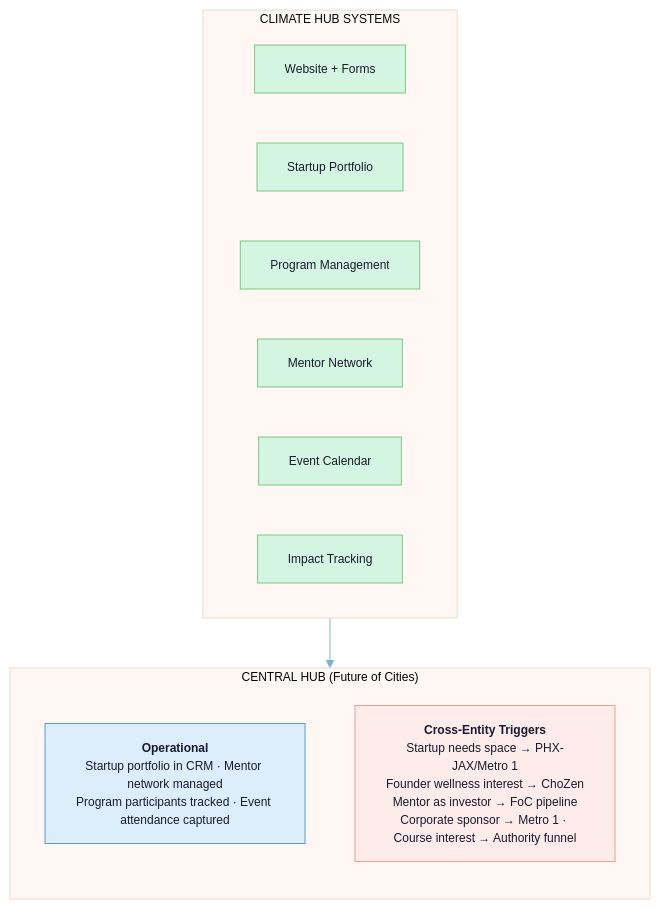
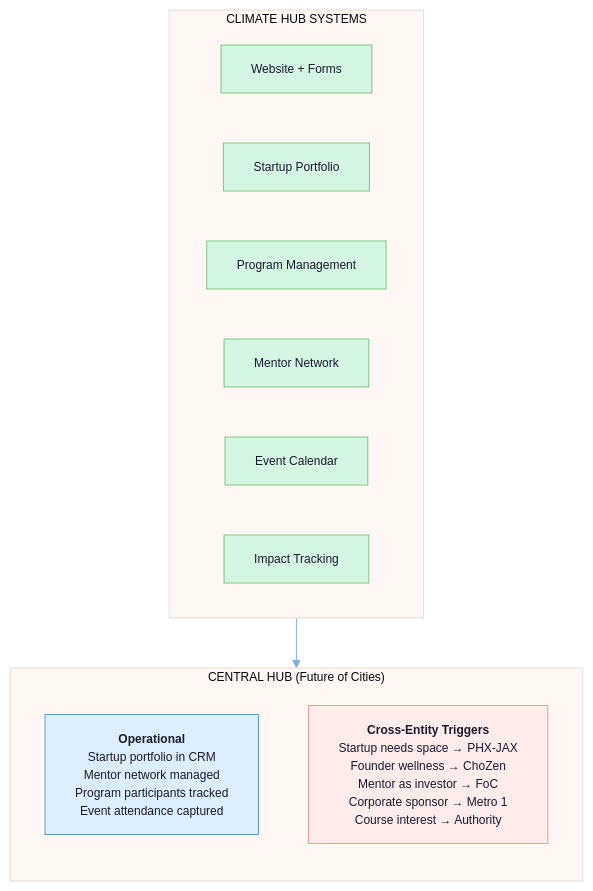
The tenth of 30 diagrams in legal-vault/proposals/cho-ventures-master-project-plan-2026-02-25.md (Light-Brands/qie), drawn with Mermaid before and after one commit. The commit also changed other lines of this file, not shown here.

First line of the commit message:
Fix Mermaid diagram text overflow: break long node labels into shorter lines

````diff
--- a/legal-vault/proposals/cho-ventures-master-project-plan-2026-02-25.md
+++ b/legal-vault/proposals/cho-ventures-master-project-plan-2026-02-25.md
@@ -910,25 +910,25 @@
 ```mermaid
 %%{init: {'theme': 'base', 'themeVariables': {'primaryColor': '#DCEEFB', 'primaryTextColor': '#1a1a2e', 'lineColor': '#7FB3D8', 'fontSize': '12px'}}}%%
 flowchart TB
     classDef entity fill:#D5F5E3,stroke:#82C785,color:#1a1a2e
     classDef hub fill:#DCEEFB,stroke:#5B9BD5,color:#1a1a2e
     classDef trigger fill:#FDECEA,stroke:#E8A09A,color:#1a1a2e
 
     subgraph CLIMATE["CLIMATE HUB SYSTEMS"]
         direction LR
         WEB["Website + Forms"]:::entity
         STARTUP["Startup Portfolio"]:::entity
         PROGRAM["Program Management"]:::entity
         MENTOR["Mentor Network"]:::entity
         EVENTS["Event Calendar"]:::entity
         IMPACT["Impact Tracking"]:::entity
     end
 
     subgraph HUB["CENTRAL HUB (Future of Cities)"]
         direction TB
-        OPS["<b>Operational</b><br/>Startup portfolio in CRM · Mentor network managed<br/>Program participants tracked · Event attendance captured"]:::hub
-        CROSS["<b>Cross-Entity Triggers</b><br/>Startup needs space → PHX-JAX/Metro 1<br/>Founder wellness interest → ChoZen<br/>Mentor as investor → FoC pipeline<br/>Corporate sponsor → Metro 1 · Course interest → Authority funnel"]:::trigger
+        OPS["<b>Operational</b><br/>Startup portfolio in CRM<br/>Mentor network managed<br/>Program participants tracked<br/>Event attendance captured"]:::hub
+        CROSS["<b>Cross-Entity Triggers</b><br/>Startup needs space → PHX-JAX<br/>Founder wellness → ChoZen<br/>Mentor as investor → FoC<br/>Corporate sponsor → Metro 1<br/>Course interest → Authority"]:::trigger
     end
 
     CLIMATE --> HUB
 ```
````
